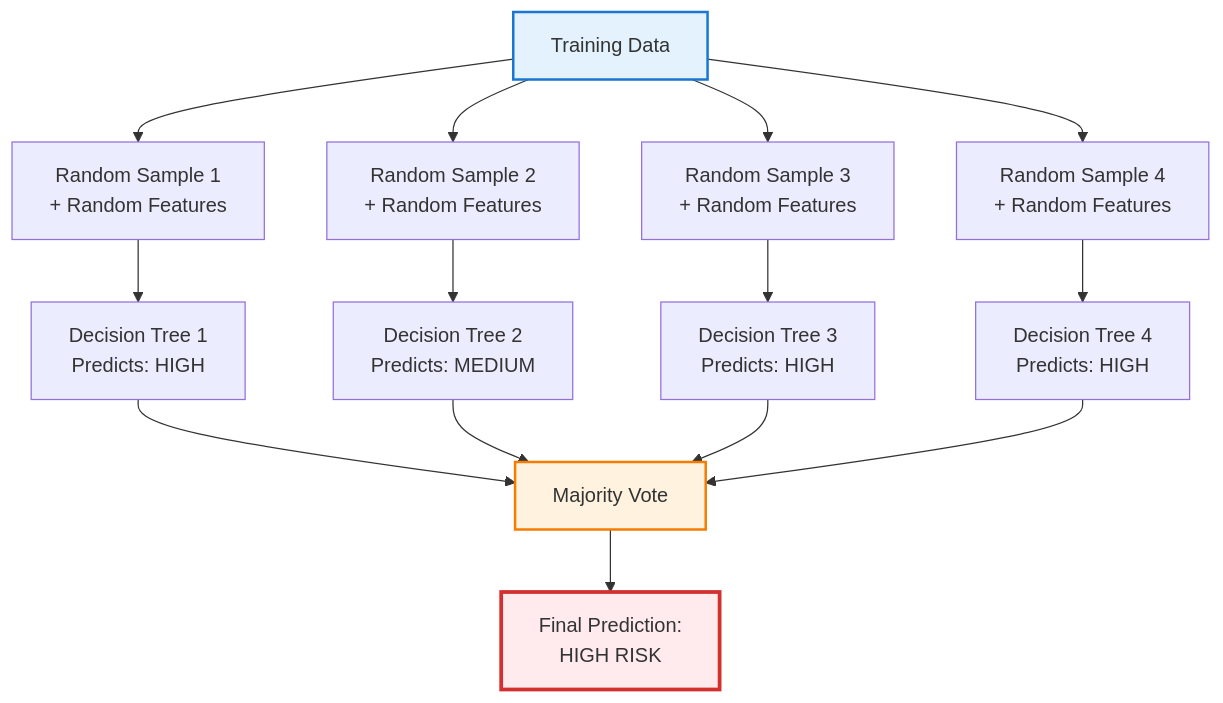
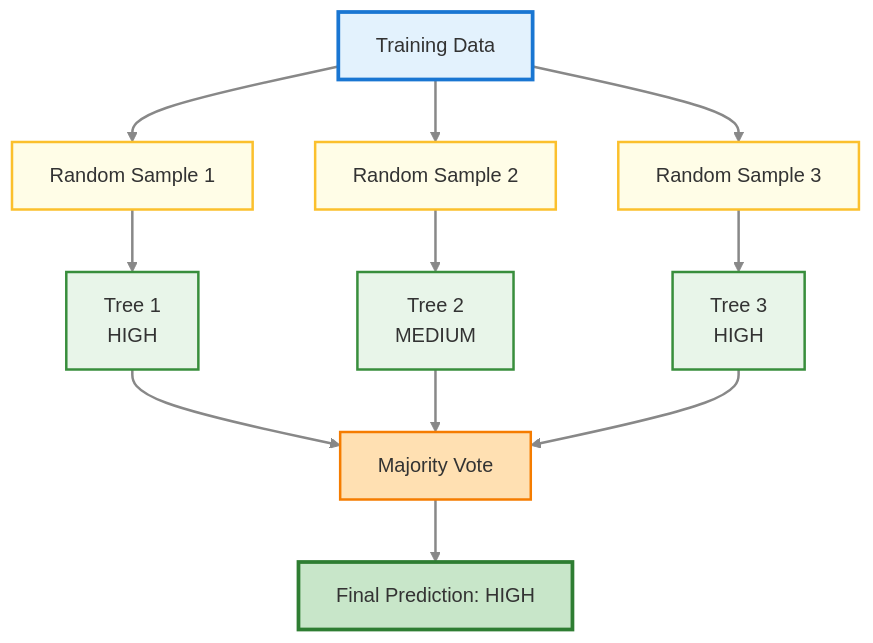
The third of 6 diagrams in _posts/series/journey-automation-to-ai/2026-01-21-series-3-chapter-3-1-common-ml-algorithms.md (ravijoshi1810/codifyme), drawn with Mermaid before and after one commit. The commit also changed other lines of this file and 25 other files, not shown here.

````diff
--- a/_posts/series/journey-automation-to-ai/2026-01-21-series-3-chapter-3-1-common-ml-algorithms.md
+++ b/_posts/series/journey-automation-to-ai/2026-01-21-series-3-chapter-3-1-common-ml-algorithms.md
@@ -214,38 +232,29 @@
 ```mermaid
+%%{init: {"theme": "base"} }%%
 flowchart TD
+linkStyle default stroke:#888,stroke-width:2px;
     Data[Training Data]
-    
-    S1[Random Sample 1<br/>+ Random Features]
-    S2[Random Sample 2<br/>+ Random Features]
-    S3[Random Sample 3<br/>+ Random Features]
-    S4[Random Sample 4<br/>+ Random Features]
-    
-    T1[Decision Tree 1<br/>Predicts: HIGH]
-    T2[Decision Tree 2<br/>Predicts: MEDIUM]
-    T3[Decision Tree 3<br/>Predicts: HIGH]
-    T4[Decision Tree 4<br/>Predicts: HIGH]
-    
+    S1[Random Sample 1]
+    S2[Random Sample 2]
+    S3[Random Sample 3]
+    T1[Tree 1<br/>HIGH]
+    T2[Tree 2<br/>MEDIUM]
+    T3[Tree 3<br/>HIGH]
     Vote[Majority Vote]
-    Final[Final Prediction:<br/>HIGH RISK]
-    
-    Data --> S1
-    Data --> S2
-    Data --> S3
-    Data --> S4
-    
-    S1 --> T1
-    S2 --> T2
-    S3 --> T3
-    S4 --> T4
-    
-    T1 --> Vote
-    T2 --> Vote
-    T3 --> Vote
-    T4 --> Vote
-    
+    Final[Final Prediction: HIGH]
+    Data --> S1 --> T1 --> Vote
+    Data --> S2 --> T2 --> Vote
+    Data --> S3 --> T3 --> Vote
     Vote --> Final
-    
-    style Data fill:#e3f2fd,stroke:#1976d2,stroke-width:2px
-    style Vote fill:#fff3e0,stroke:#f57c00,stroke-width:2px
-    style Final fill:#ffebee,stroke:#d32f2f,stroke-width:3px
+
+    classDef data fill:#e3f2fd,stroke:#1976d2,stroke-width:3px;
+    classDef sample fill:#fffde7,stroke:#fbc02d,stroke-width:2px;
+    classDef tree fill:#e8f5e9,stroke:#388e3c,stroke-width:2px;
+    classDef vote fill:#ffe0b2,stroke:#f57c00,stroke-width:2px;
+    classDef final fill:#c8e6c9,stroke:#2e7d32,stroke-width:3px;
+    class Data data;
+    class S1,S2,S3 sample;
+    class T1,T2,T3 tree;
+    class Vote vote;
+    class Final final;
 ```
````
